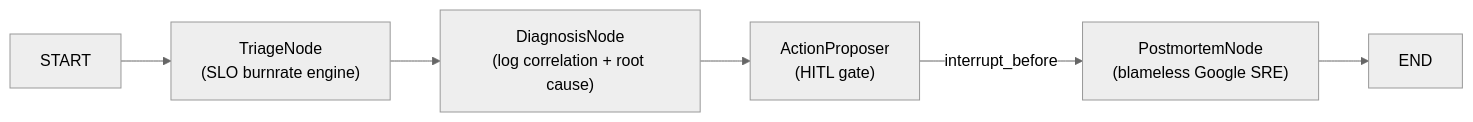
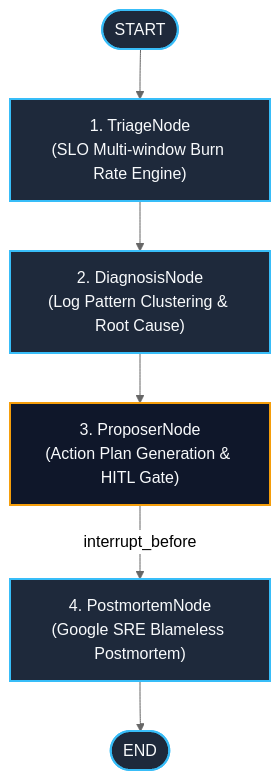
One commit to cibi-dev/langgraph-sre-incident-commander changed the diagram in README.md. Above: the diagram before and after it, drawn with Mermaid (neutral theme). The commit also changed other lines of this file and 6 other files, not shown here.

````diff
--- a/README.md
+++ b/README.md
@@ -12,8 +18,13 @@
 ```mermaid
-graph LR
-    START --> triage["TriageNode\n(SLO burnrate engine)"]
-    triage --> diagnosis["DiagnosisNode\n(log correlation + root cause)"]
-    diagnosis --> proposer["ActionProposer\n(HITL gate)"]
-    proposer -->|"interrupt_before"| postmortem["PostmortemNode\n(blameless Google SRE)"]
-    postmortem --> END
+graph TD
+    START([START]) --> triage["1. TriageNode\n(SLO Multi-window Burn Rate Engine)"]
+    triage --> diagnosis["2. DiagnosisNode\n(Log Pattern Clustering & Root Cause)"]
+    diagnosis --> proposer["3. ProposerNode\n(Action Plan Generation & HITL Gate)"]
+    proposer -->|"interrupt_before"| postmortem["4. PostmortemNode\n(Google SRE Blameless Postmortem)"]
+    postmortem --> END([END])
+
+    classDef node fill:#1e293b,stroke:#38bdf8,stroke-width:2px,color:#f8fafc;
+    classDef gate fill:#0f172a,stroke:#f59e0b,stroke-width:2px,color:#f8fafc;
+    class triage,diagnosis,postmortem node;
+    class proposer gate;
 ```
````
